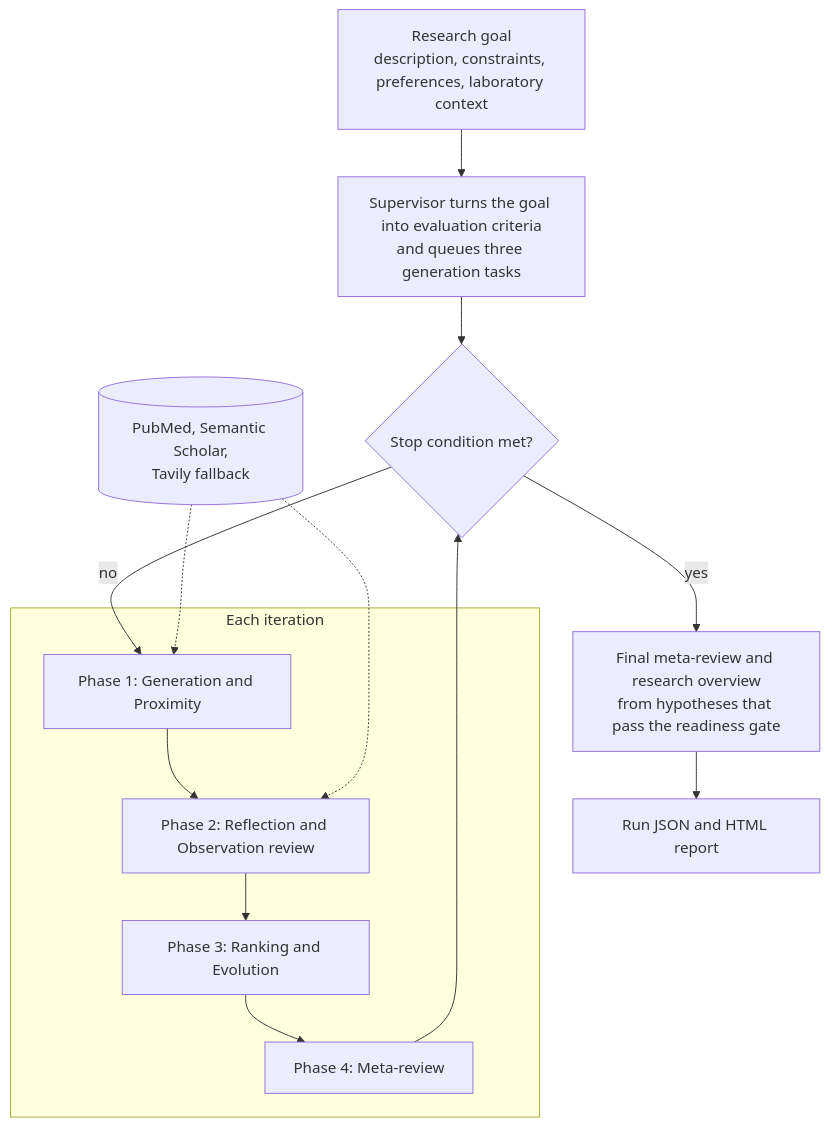
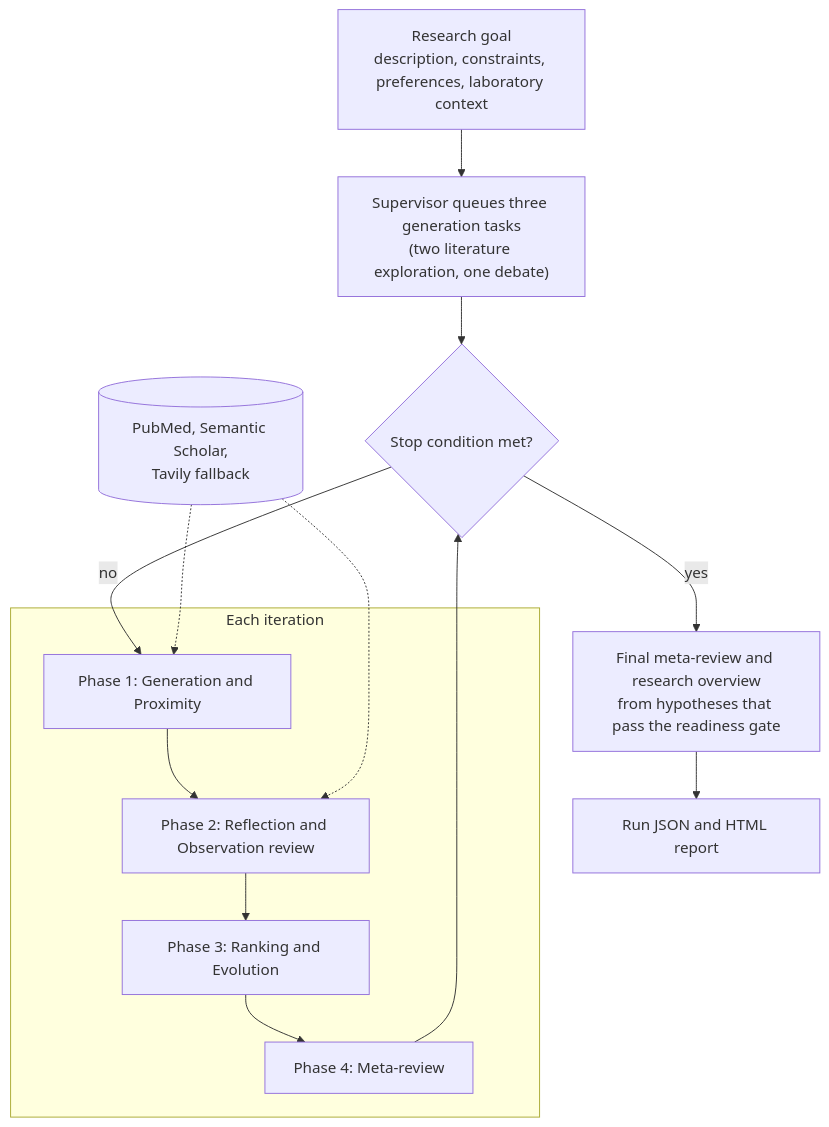
One commit to SynBioExplorer/AGF_Co-Scientist changed the diagram in README.md. Above: the diagram before and after it, drawn with Mermaid. The commit also changed other lines of this file and 3 other files, not shown here.

````diff
--- a/README.md
+++ b/README.md
@@ -9,23 +9,23 @@
 ```mermaid
 flowchart TD
     goal["Research goal<br/>description, constraints, preferences, laboratory context"]
-    plan["Supervisor turns the goal into evaluation criteria<br/>and queues three generation tasks"]
+    plan["Supervisor queues three generation tasks<br/>(two literature exploration, one debate)"]
     check{"Stop condition met?"}
     subgraph iteration [Each iteration]
         p1["Phase 1: Generation and Proximity"]
         p2["Phase 2: Reflection and Observation review"]
         p3["Phase 3: Ranking and Evolution"]
         p4["Phase 4: Meta-review"]
         p1 --> p2 --> p3 --> p4
     end
     lit[("PubMed, Semantic Scholar,<br/>Tavily fallback")]
     final["Final meta-review and research overview<br/>from hypotheses that pass the readiness gate"]
     report["Run JSON and HTML report"]
 
     goal --> plan --> check
     check -->|no| p1
     p4 --> check
     check -->|yes| final --> report
     lit -.-> p1
     lit -.-> p2
 ```
````
